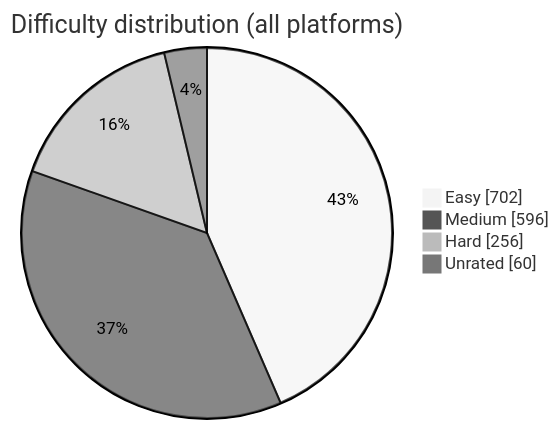
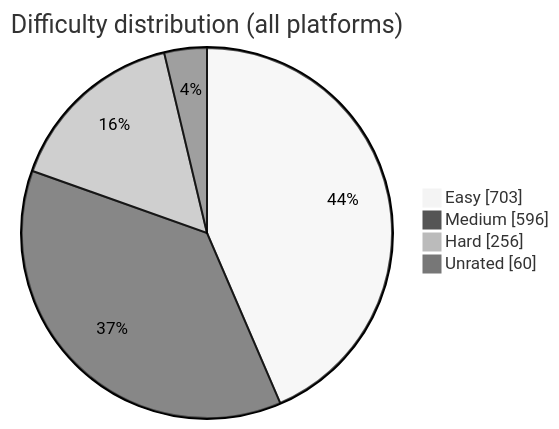
Before and after one commit to BuildbyArindam/Daily-Coding-Log: the diagram in README.md, drawn with Mermaid (neutral theme). The commit also changed other lines of this file, not shown here.

````diff
--- a/README.md
+++ b/README.md
@@ -93,7 +93,7 @@
 ```mermaid
 pie showData title Difficulty distribution (all platforms)
-    "Easy" : 702
+    "Easy" : 703
     "Medium" : 596
     "Hard" : 256
     "Unrated" : 60
 ```
````
